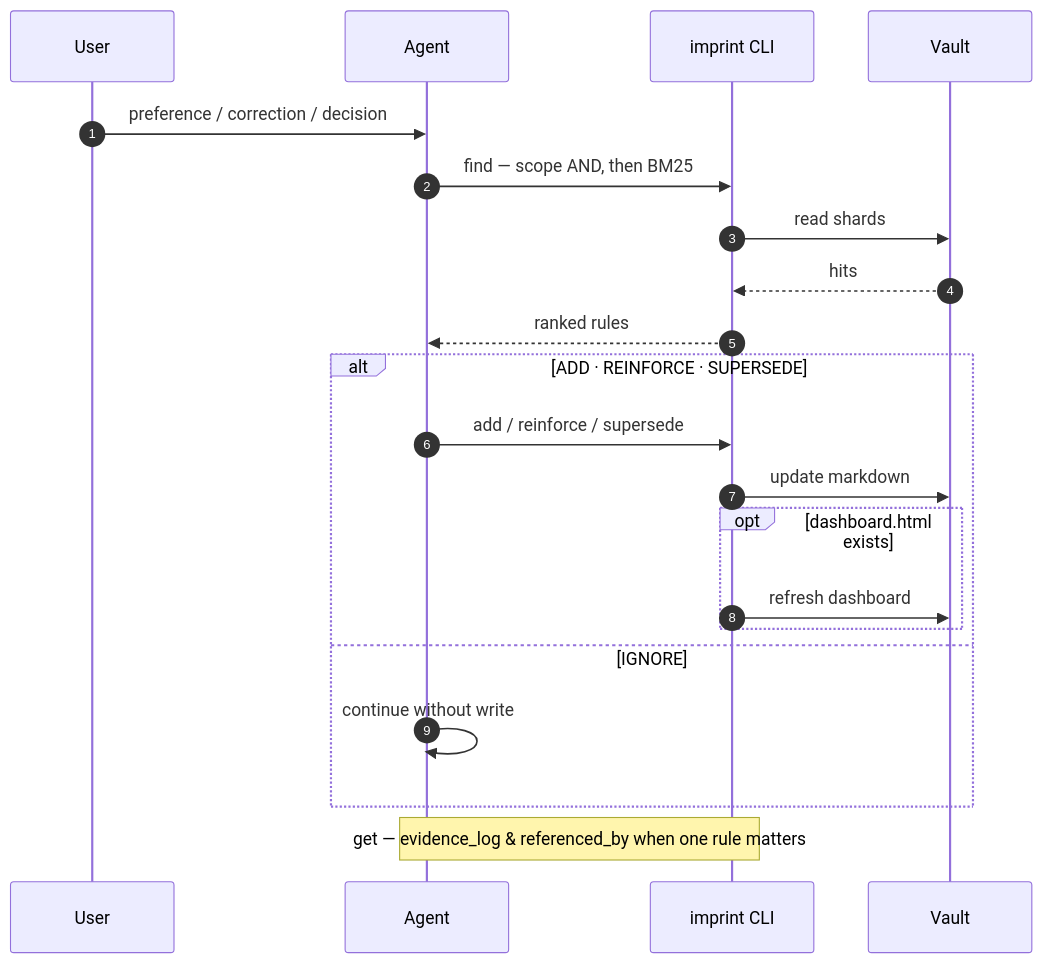
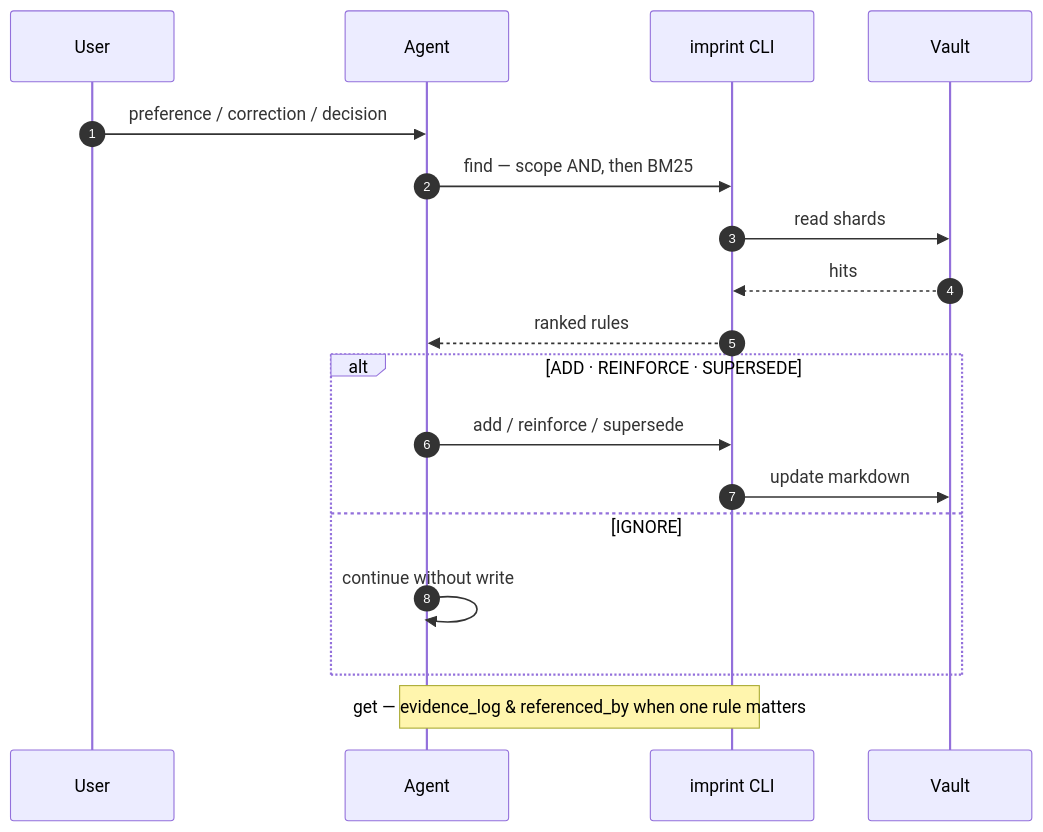
Before and after one commit to SteamedBread2333/imprint: the second of 2 diagrams in README.md, drawn with Mermaid. The commit also changed other lines of this file and 28 other files, not shown here.

````diff
--- a/README.md
+++ b/README.md
@@ -72,26 +63,23 @@
 ```mermaid
 sequenceDiagram
   autonumber
   participant U as User
   participant A as Agent
   participant C as imprint CLI
   participant V as Vault
 
   U->>A: preference / correction / decision
   A->>C: find — scope AND, then BM25
   C->>V: read shards
   V-->>C: hits
   C-->>A: ranked rules
 
   alt ADD · REINFORCE · SUPERSEDE
     A->>C: add / reinforce / supersede
     C->>V: update markdown
-    opt dashboard.html exists
-      C->>V: refresh dashboard
-    end
   else IGNORE
     A->>A: continue without write
   end
 
   Note over A,C: get — evidence_log & referenced_by when one rule matters
 ```
````
